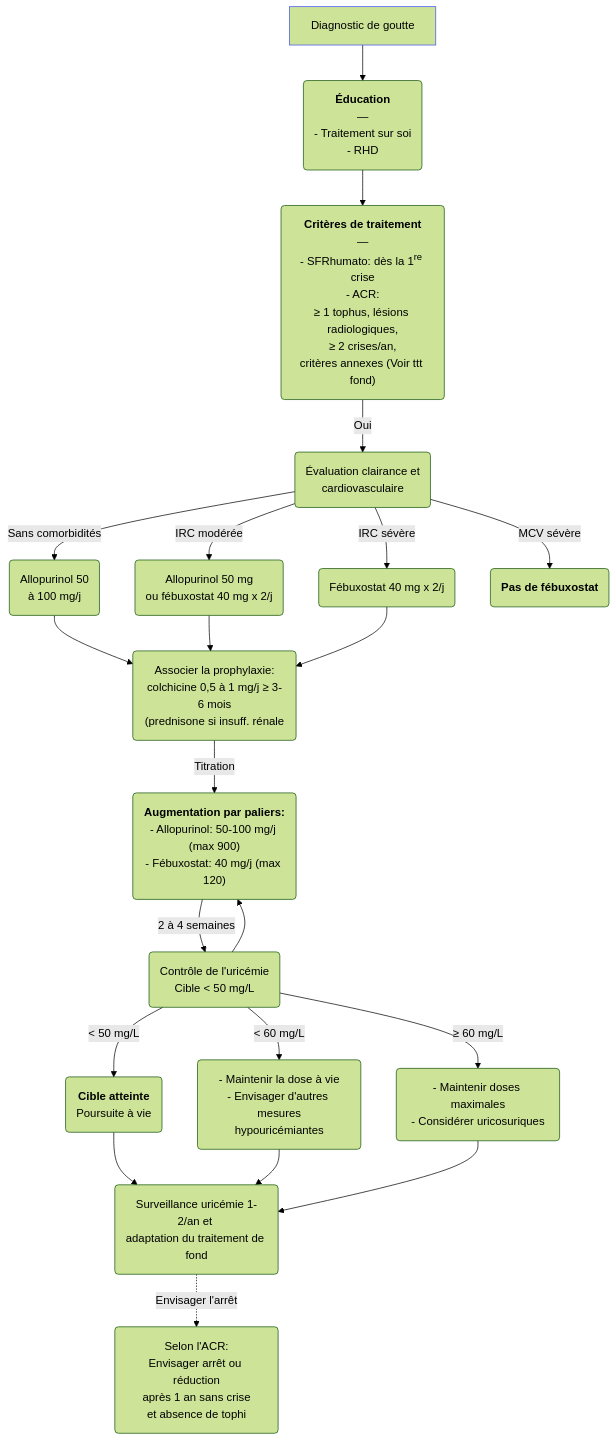
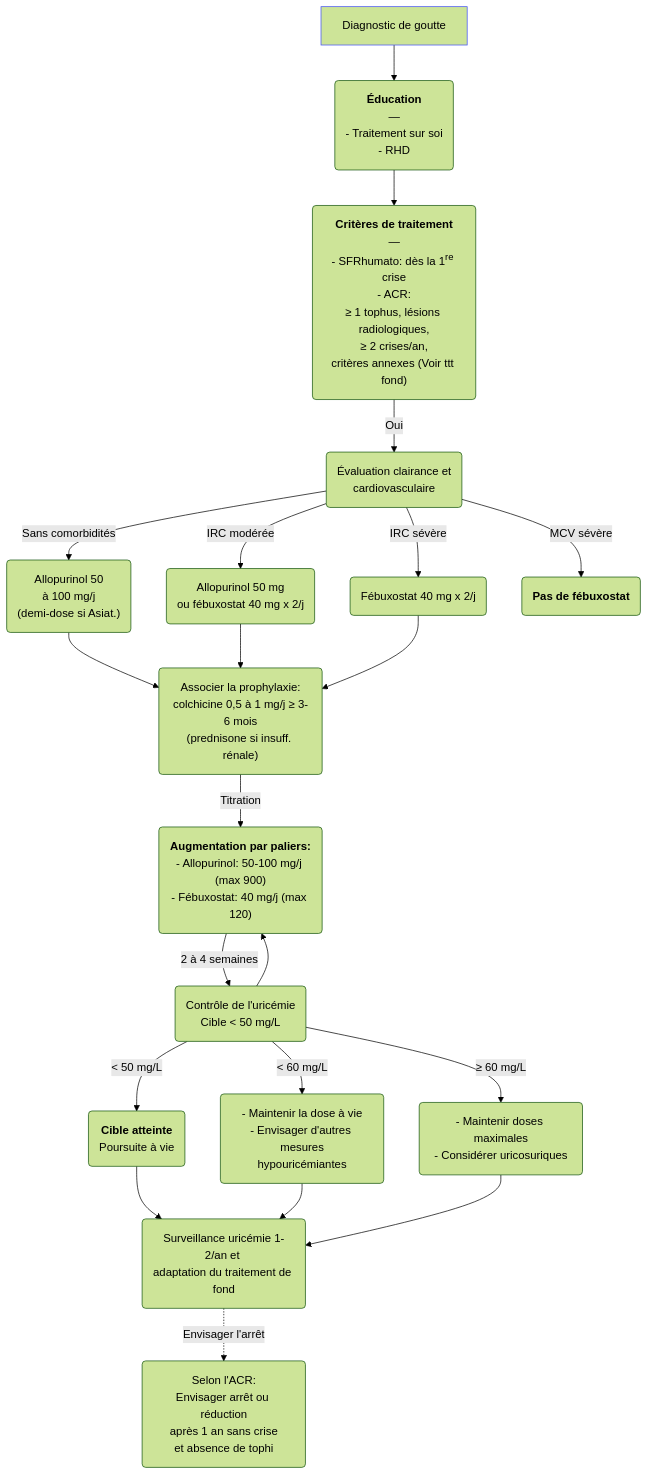
One commit to djibe/recommandations-medicales changed the second of 2 diagrams in content/recommandations/goutte.md. Above: the diagram before and after it, drawn with Mermaid (forest theme). The commit also changed other lines of this file and 28 other files, not shown here.

```diff
--- a/content/recommandations/goutte.md
+++ b/content/recommandations/goutte.md
@@ -370,17 +373,17 @@
 {{< mermaid title="Conduite à tenir pour le traitement hypouricémiant de fond du patient goutteux. Dr JB Fron d'après SFR et ACR 2020" >}}
 graph TB
 accTitle: Prise en charge de la goutte par traitement de fond d'après SFR et ACR 2020
   diagnostic[Diagnostic de goutte] --> education("<b>Éducation</b><br>—<br>- Traitement sur soi<br>- RHD") --> criteres("<b>Critères de traitement</b><br>—<br>- SFRhumato: dès la 1<sup>re</sup> crise<br>- ACR:<br>≥ 1 tophus, lésions radiologiques,<br>≥ 2 crises/an,<br>critères annexes (Voir ttt fond)")
   style diagnostic stroke:#4150f5, stroke-width:1px
     criteres -- Oui --> clairance(Évaluation clairance et<br>cardiovasculaire)
-      clairance -- Sans comorbidités --> allopurinol(Allopurinol 50<br>à 100 mg/j) --> prophylaxie("Associer la prophylaxie:<br>colchicine 0,5 à 1 mg/j ≥ 3-6 mois<br>(prednisone si insuff. rénale")
+      clairance -- Sans comorbidités --> allopurinol("Allopurinol 50<br>à 100 mg/j<br>(demi-dose si Asiat.)") --> prophylaxie("Associer la prophylaxie:<br>colchicine 0,5 à 1 mg/j ≥ 3-6 mois<br>(prednisone si insuff. rénale)")
       clairance -- IRC modérée --> ircmoderee(Allopurinol 50 mg<br>ou fébuxostat 40 mg x 2/j) --> prophylaxie
       clairance -- IRC sévère --> ircsevere(Fébuxostat 40 mg x 2/j) --> prophylaxie
       clairance -- MCV sévère --> mcv(<b>Pas de fébuxostat</b>)
         prophylaxie -- Titration --> titration("<b>Augmentation par paliers:</b><br>- Allopurinol: 50-100 mg/j (max 900)<br>- Fébuxostat: 40 mg/j (max 120)")
           titration -- 2 à 4 semaines --> uricemie(Contrôle de l'uricémie<br>Cible &lt; 50 mg/L) --> titration
             uricemie -- "&lt; 50 mg/L" --> cible(<b>Cible atteinte</b><br>Poursuite à vie) --> surv("Surveillance uricémie 1-2/an et <br>adaptation du traitement de fond")
               surv -. Envisager l'arrêt .-> arret("Selon l'ACR:<br>Envisager arrêt ou réduction<br>après 1 an sans crise<br>et absence de tophi")
             uricemie -- "&lt; 60 mg/L" --> presque("- Maintenir la dose à vie<br>- Envisager d'autres mesures<br>hypouricémiantes") --> surv
             uricemie -- "≥ 60 mg/L" --> hors("- Maintenir doses maximales<br>- Considérer uricosuriques") --> surv
 {{< /mermaid >}}
```
